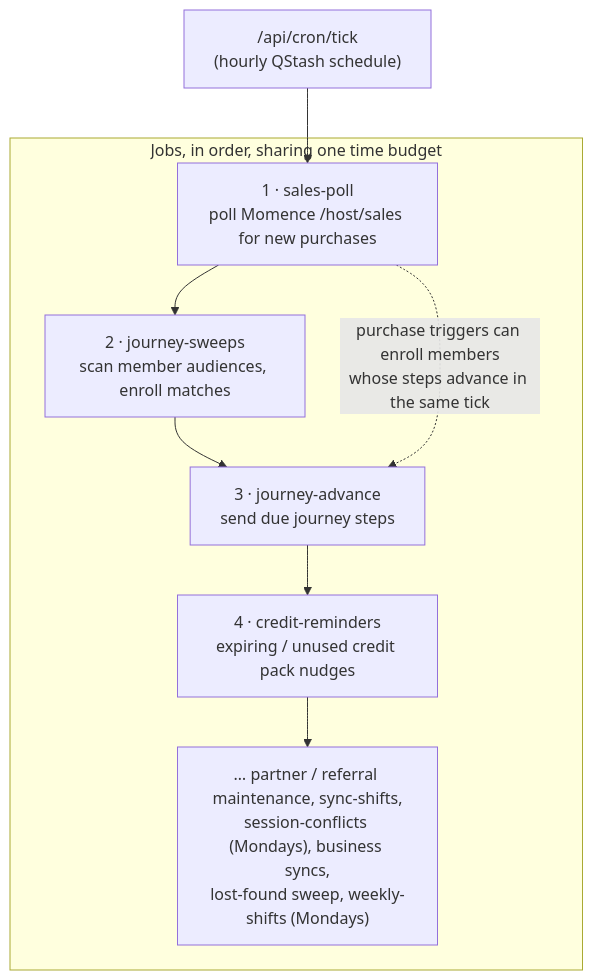
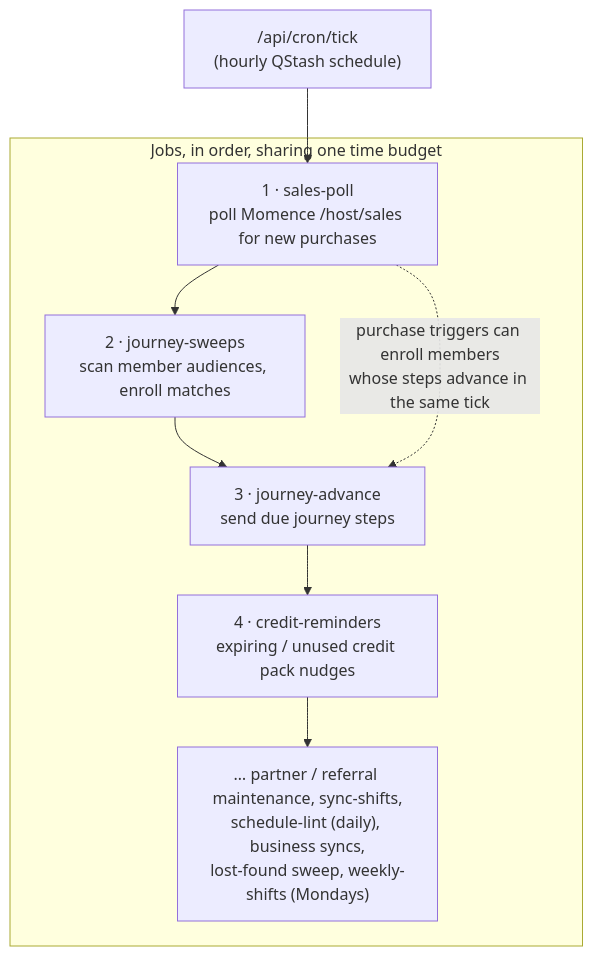
Before and after one commit to weslexcore/pyre: the second of 5 diagrams in apps/integrations/README.md, drawn with Mermaid. The commit also changed other lines of this file and 52 other files, not shown here.

````diff
--- a/apps/integrations/README.md
+++ b/apps/integrations/README.md
@@ -191,13 +189,13 @@
 ```mermaid
 flowchart TD
     TICK["/api/cron/tick<br/>(hourly QStash schedule)"] --> J1
     subgraph jobs["Jobs, in order, sharing one time budget"]
         J1["1 · sales-poll<br/>poll Momence /host/sales for new purchases"]
         J2["2 · journey-sweeps<br/>scan member audiences, enroll matches"]
         J3["3 · journey-advance<br/>send due journey steps"]
         J4["4 · credit-reminders<br/>expiring / unused credit pack nudges"]
-        J5["… partner / referral maintenance, sync-shifts,<br/>session-conflicts (Mondays), business syncs,<br/>lost-found sweep, weekly-shifts (Mondays)"]
+        J5["… partner / referral maintenance, sync-shifts,<br/>schedule-lint (daily), business syncs,<br/>lost-found sweep, weekly-shifts (Mondays)"]
         J1 --> J2 --> J3 --> J4 --> J5
     end
     J1 -. "purchase triggers can enroll members<br/>whose steps advance in the same tick" .-> J3
 ```
````
